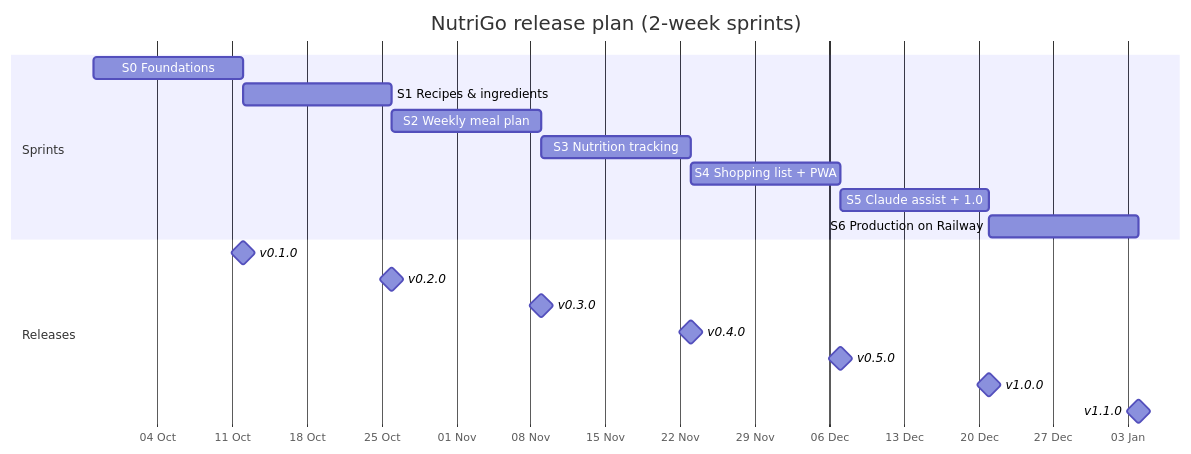
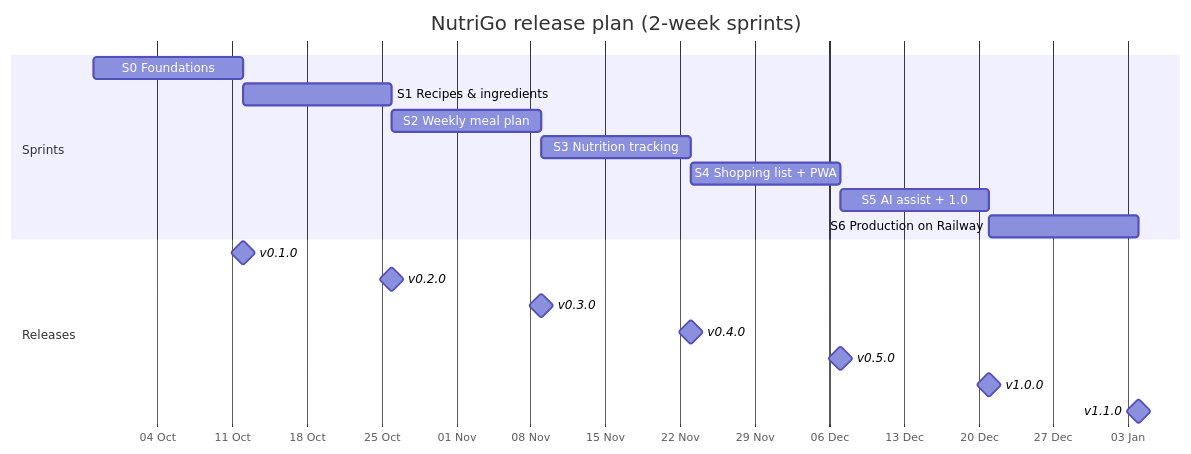
One commit to micheltsarasoa/nutrigo changed the first of 2 diagrams in docs/roadmap.md. Above: the diagram before and after it, drawn with Mermaid. The commit also changed other lines of this file and 4 other files, not shown here.

First line of the commit message:
docs: resolve SPEC-008 open questions, merge source results, update roadmap

````diff
--- a/docs/roadmap.md
+++ b/docs/roadmap.md
@@ -5,22 +5,22 @@
 ```mermaid
 gantt
     title NutriGo release plan (2-week sprints)
     dateFormat YYYY-MM-DD
     axisFormat %d %b
     section Sprints
     S0 Foundations            :s0, 2026-09-28, 14d
     S1 Recipes & ingredients  :s1, after s0, 14d
     S2 Weekly meal plan       :s2, after s1, 14d
     S3 Nutrition tracking     :s3, after s2, 14d
     S4 Shopping list + PWA    :s4, after s3, 14d
-    S5 Claude assist + 1.0    :s5, after s4, 14d
+    S5 AI assist + 1.0        :s5, after s4, 14d
     S6 Production on Railway  :s6, after s5, 14d
     section Releases
     v0.1.0 :milestone, after s0, 0d
     v0.2.0 :milestone, after s1, 0d
     v0.3.0 :milestone, after s2, 0d
     v0.4.0 :milestone, after s3, 0d
     v0.5.0 :milestone, after s4, 0d
     v1.0.0 :milestone, after s5, 0d
     v1.1.0 :milestone, after s6, 0d
 ```
````
